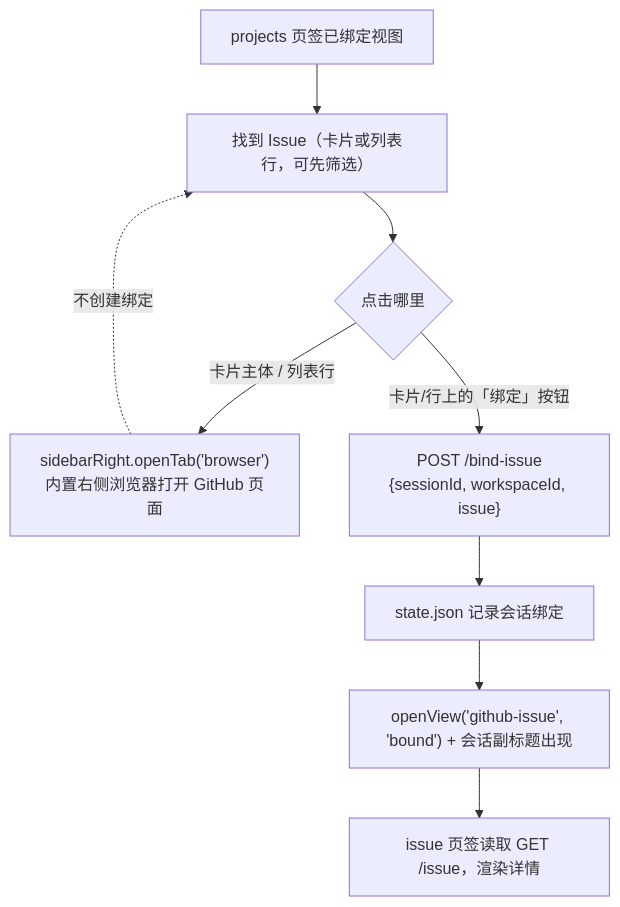
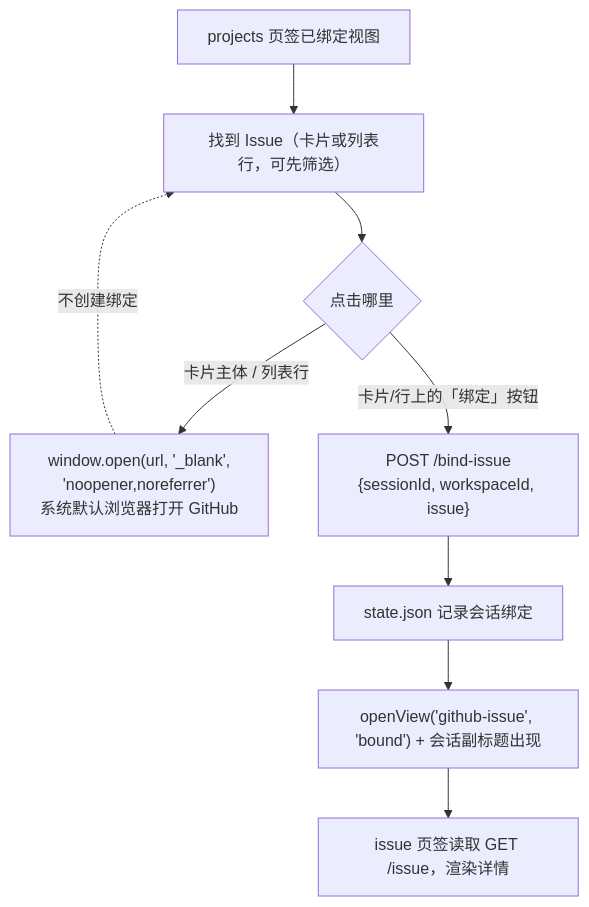
The third of 8 diagrams in docs/DESIGN.zh.md (ceasarXuu/dsh-github-projects), drawn with Mermaid before and after one commit. The commit also changed other lines of this file and 27 other files, not shown here.

````diff
--- a/docs/DESIGN.zh.md
+++ b/docs/DESIGN.zh.md
@@ -332,11 +348,11 @@
 ```mermaid
 flowchart TD
     A["projects 页签已绑定视图"] --> B["找到 Issue（卡片或列表行，可先筛选）"]
     B --> C{"点击哪里"}
-    C -- "卡片主体 / 列表行" --> D["sidebarRight.openTab('browser')<br/>内置右侧浏览器打开 GitHub 页面"]
+    C -- "卡片主体 / 列表行" --> D["window.open(url, '_blank',<br/>'noopener,noreferrer')<br/>系统默认浏览器打开 GitHub"]
     C -- "卡片/行上的「绑定」按钮" --> E["POST /bind-issue<br/>{sessionId, workspaceId, issue}"]
     E --> F["state.json 记录会话绑定"]
     F --> G["openView('github-issue', 'bound') + 会话副标题出现"]
     G --> H["issue 页签读取 GET /issue，渲染详情"]
     D -. "不创建绑定" .-> B
 ```
````
